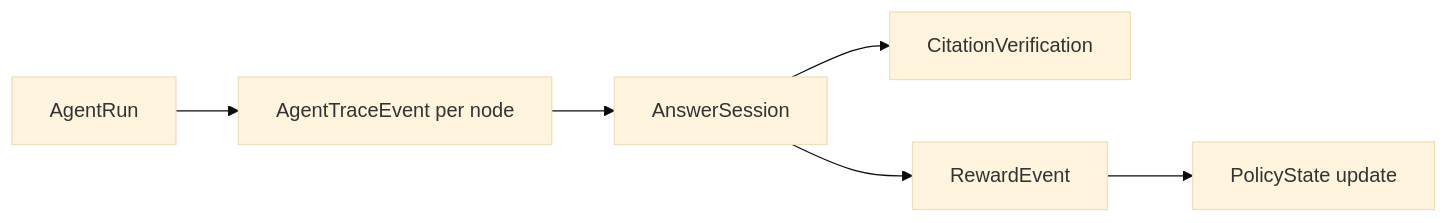
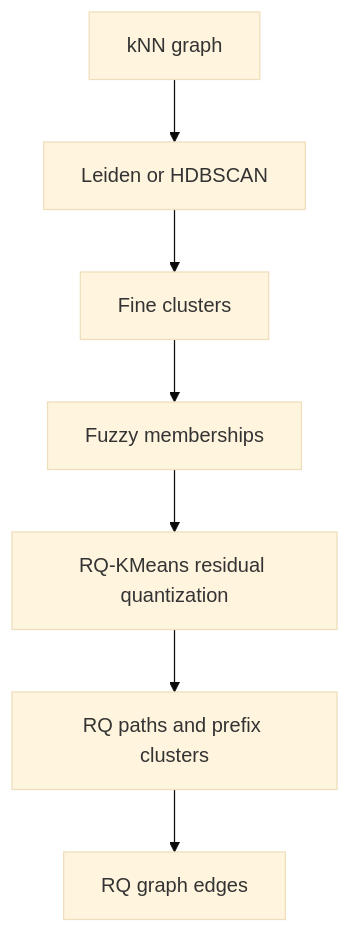
One commit to Sggggt/SymboGraph changed the seventh of 10 diagrams in docs/technical-spec.md. Above: the diagram before and after it, drawn with Mermaid (base theme). The commit also changed other lines of this file and 123 other files, not shown here.

````diff
--- a/docs/technical-spec.md
+++ b/docs/technical-spec.md
@@ -689,8 +495,9 @@
 ```mermaid
-flowchart LR
-    AR["AgentRun"] --> TE["AgentTraceEvent per node"]
-    TE --> AS["AnswerSession"]
-    AS --> CV["CitationVerification"]
-    AS --> RE["RewardEvent"]
-    RE --> PS["PolicyState update"]
+flowchart TB
+    KG["kNN graph"] --> CD["Leiden or HDBSCAN"]
+    CD --> FC["Fine clusters"]
+    FC --> FM["Fuzzy memberships"]
+    FM --> RQ["RQ-KMeans residual quantization"]
+    RQ --> PATH["RQ paths and prefix clusters"]
+    PATH --> E["RQ graph edges"]
 ```
````
